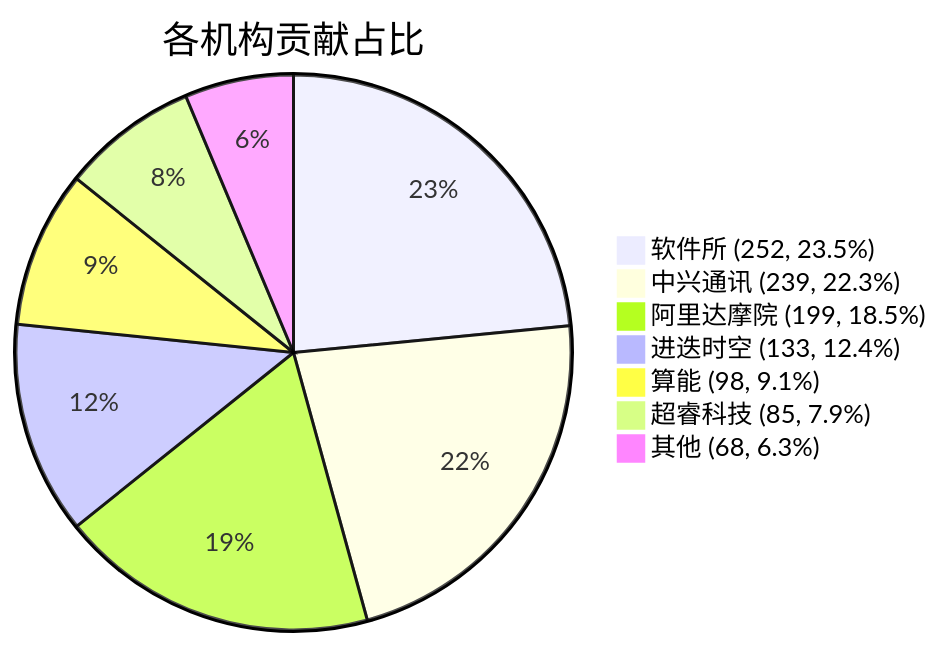
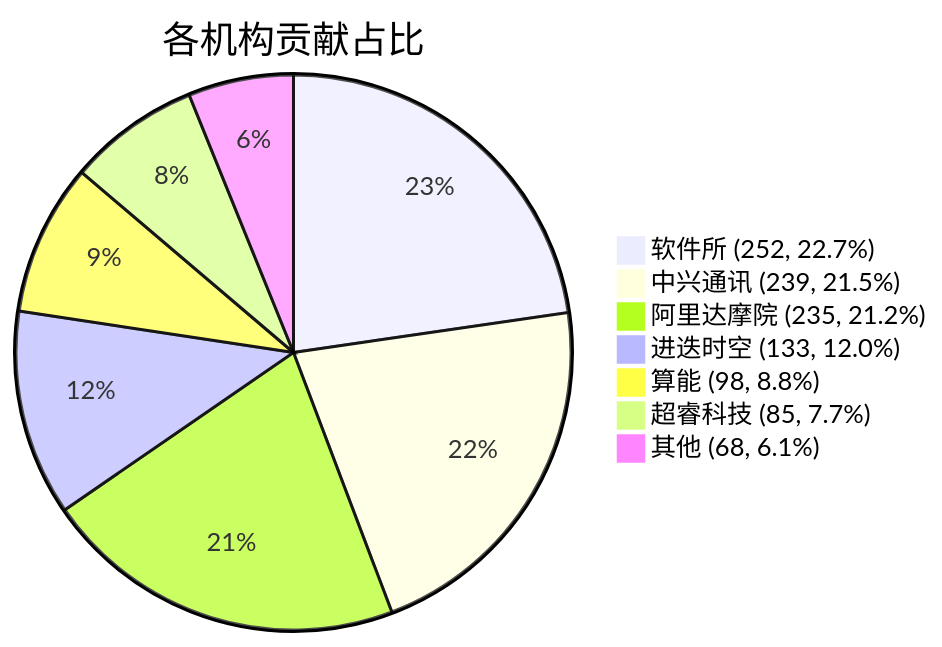
One commit to RVCK-Project/rvck changed the diagram in docs/index.md. Above: the diagram before and after it, drawn with Mermaid. The commit also changed other lines of this file and 8 other files, not shown here.

````diff
--- a/docs/index.md
+++ b/docs/index.md
@@ -31,10 +31,10 @@
 ```mermaid
 pie title 各机构贡献占比
-    "软件所 (252, 23.5%)" : 252
-    "中兴通讯 (239, 22.3%)" : 239
-    "阿里达摩院 (199, 18.5%)" : 199
-    "进迭时空 (133, 12.4%)" : 133
-    "算能 (98, 9.1%)" : 98
-    "超睿科技 (85, 7.9%)" : 85
-    "其他 (68, 6.3%)" : 68
+    "软件所 (252, 22.7%)" : 252
+    "中兴通讯 (239, 21.5%)" : 239
+    "阿里达摩院 (235, 21.2%)" : 235
+    "进迭时空 (133, 12.0%)" : 133
+    "算能 (98, 8.8%)" : 98
+    "超睿科技 (85, 7.7%)" : 85
+    "其他 (68, 6.1%)" : 68
 ```
````
